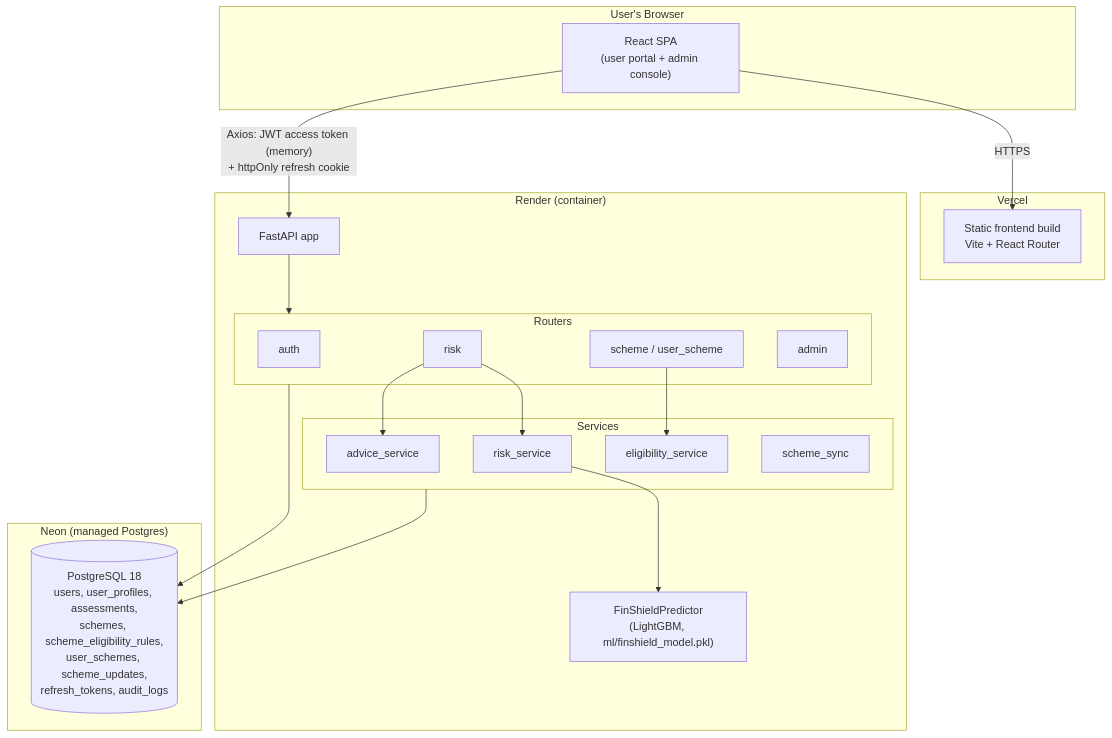
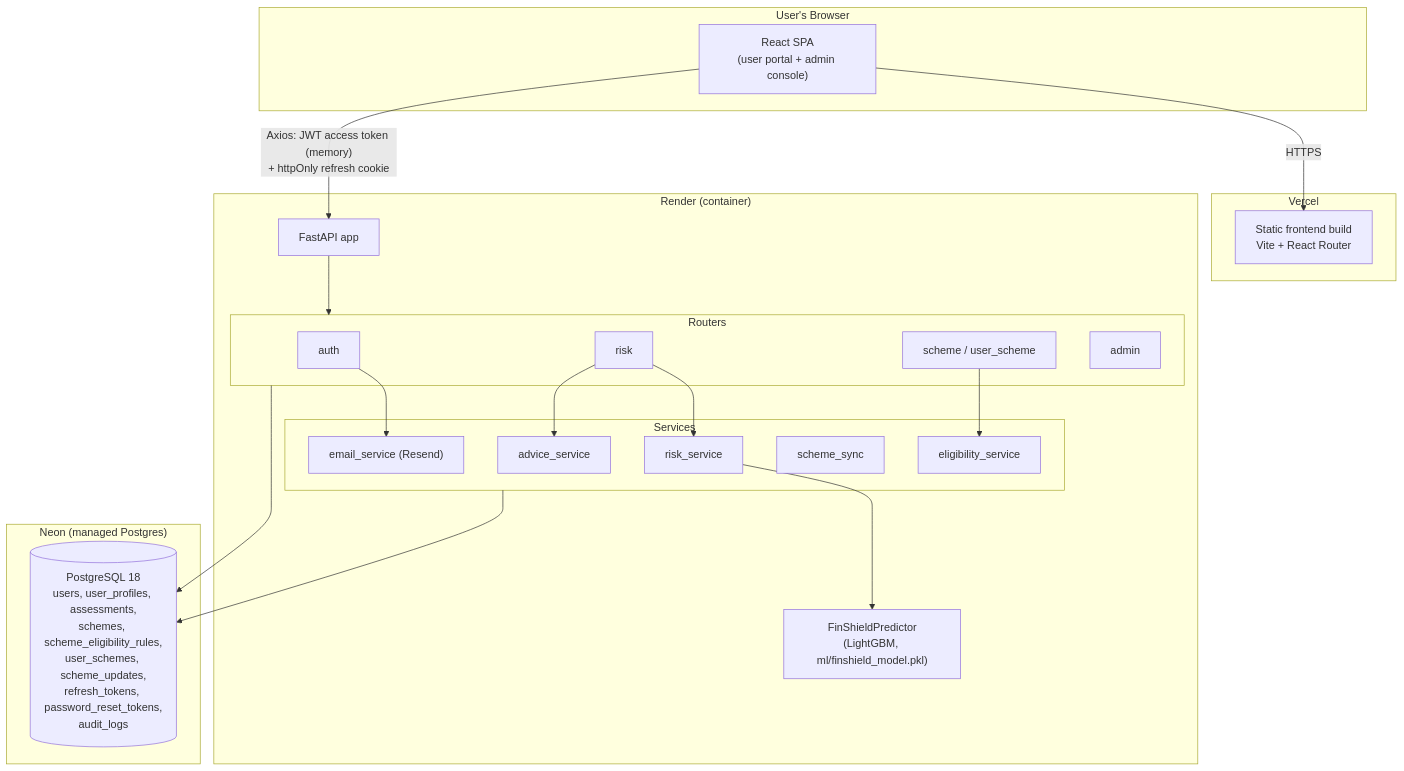
Before and after one commit to PiyushwagH/Finshield: the first of 4 diagrams in PROJECT_DOCUMENTATION_REFERENCE.md, drawn with Mermaid. The commit also changed other lines of this file and 44 other files, not shown here.

````diff
--- a/PROJECT_DOCUMENTATION_REFERENCE.md
+++ b/PROJECT_DOCUMENTATION_REFERENCE.md
@@ -183,40 +225,42 @@
 ```mermaid
 flowchart TB
     subgraph Client["User's Browser"]
         UI["React SPA\n(user portal + admin console)"]
     end
 
     subgraph Vercel["Vercel"]
         Frontend["Static frontend build\nVite + React Router"]
     end
 
     subgraph Render["Render (container)"]
         API["FastAPI app"]
         subgraph Routers["Routers"]
             AuthR["auth"]
             RiskR["risk"]
             SchemeR["scheme / user_scheme"]
             AdminR["admin"]
         end
         subgraph Services["Services"]
             RiskSvc["risk_service"]
             EligSvc["eligibility_service"]
             AdviceSvc["advice_service"]
             SyncSvc["scheme_sync"]
+            EmailSvc["email_service (Resend)"]
         end
         Model["FinShieldPredictor\n(LightGBM, ml/finshield_model.pkl)"]
         API --> Routers
         RiskR --> RiskSvc --> Model
         SchemeR --> EligSvc
         RiskR --> AdviceSvc
+        AuthR --> EmailSvc
     end
 
     subgraph Neon["Neon (managed Postgres)"]
-        DB[("PostgreSQL 18\nusers, user_profiles, assessments,\nschemes, scheme_eligibility_rules,\nuser_schemes, scheme_updates,\nrefresh_tokens, audit_logs")]
+        DB[("PostgreSQL 18\nusers, user_profiles, assessments,\nschemes, scheme_eligibility_rules,\nuser_schemes, scheme_updates,\nrefresh_tokens, password_reset_tokens,\naudit_logs")]
     end
 
     UI -- "HTTPS" --> Frontend
     UI -- "Axios: JWT access token (memory)\n+ httpOnly refresh cookie" --> API
     Services --> DB
     Routers --> DB
 ```
````
